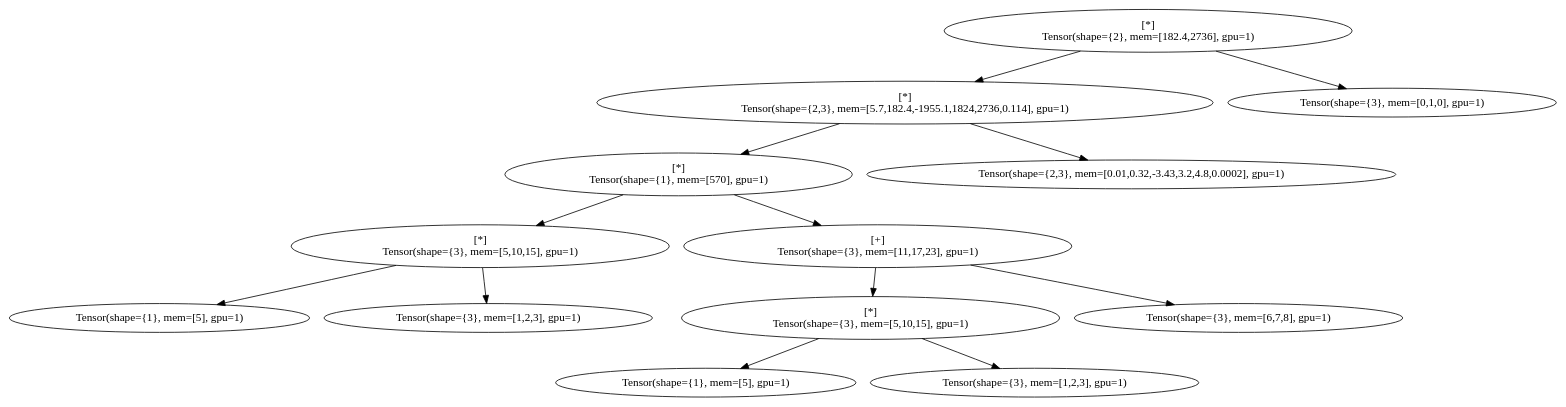
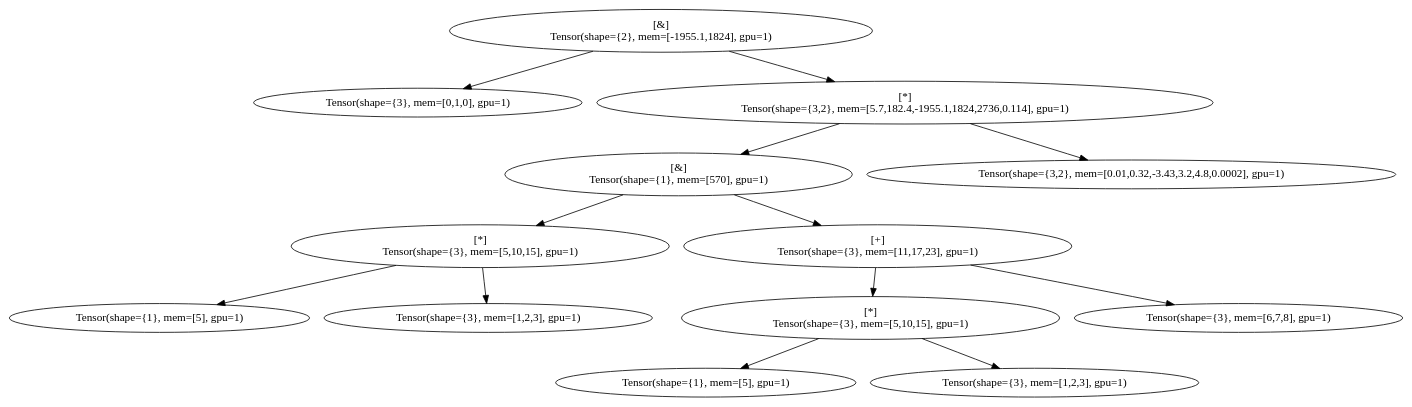
One commit to MarkusPfundstein/tensorcpp changed the diagram in graphs/graph_final_eval_2.dot. Above: the diagram before and after it, drawn with Graphviz. The commit also changed 14 other files, not shown here.

```diff
--- a/graphs/graph_final_eval_2.dot
+++ b/graphs/graph_final_eval_2.dot
@@ -1,27 +1,27 @@
 digraph G {
-MUL_Output_0ghAC[label="[*]\nTensor(shape={2}, mem=[182.4,2736], gpu=1)"]
-MUL_MUL_Output_0ghAC_1OHPN[label="[*]\nTensor(shape={2,3}, mem=[5.7,182.4,-1955.1,1824,2736,0.114], gpu=1)"]
-MUL_Output_0ghAC -> MUL_MUL_Output_0ghAC_1OHPN
-MUL_MUL_MUL_Output_0ghAC_1OHPN_25Srq[label="[*]\nTensor(shape={1}, mem=[570], gpu=1)"]
-MUL_MUL_Output_0ghAC_1OHPN -> MUL_MUL_MUL_Output_0ghAC_1OHPN_25Srq
-MUL_MUL_MUL_MUL_Output_0ghAC_1OHPN_25Srq_37dIf[label="[*]\nTensor(shape={3}, mem=[5,10,15], gpu=1)"]
-MUL_MUL_MUL_Output_0ghAC_1OHPN_25Srq -> MUL_MUL_MUL_MUL_Output_0ghAC_1OHPN_25Srq_37dIf
-TENSOR_MUL_MUL_MUL_MUL_Output_0ghAC_1OHPN_25Srq_37dIf_4MGbY[label="Tensor(shape={1}, mem=[5], gpu=1)"]
-MUL_MUL_MUL_MUL_Output_0ghAC_1OHPN_25Srq_37dIf -> TENSOR_MUL_MUL_MUL_MUL_Output_0ghAC_1OHPN_25Srq_37dIf_4MGbY
-TENSOR_MUL_MUL_MUL_MUL_Output_0ghAC_1OHPN_25Srq_37dIf_4ldX1[label="Tensor(shape={3}, mem=[1,2,3], gpu=1)"]
-MUL_MUL_MUL_MUL_Output_0ghAC_1OHPN_25Srq_37dIf -> TENSOR_MUL_MUL_MUL_MUL_Output_0ghAC_1OHPN_25Srq_37dIf_4ldX1
-PLUS_MUL_MUL_MUL_Output_0ghAC_1OHPN_25Srq_3QQUe[label="[+]\nTensor(shape={3}, mem=[11,17,23], gpu=1)"]
-MUL_MUL_MUL_Output_0ghAC_1OHPN_25Srq -> PLUS_MUL_MUL_MUL_Output_0ghAC_1OHPN_25Srq_3QQUe
-MUL_PLUS_MUL_MUL_MUL_Output_0ghAC_1OHPN_25Srq_3QQUe_4j3EY[label="[*]\nTensor(shape={3}, mem=[5,10,15], gpu=1)"]
-PLUS_MUL_MUL_MUL_Output_0ghAC_1OHPN_25Srq_3QQUe -> MUL_PLUS_MUL_MUL_MUL_Output_0ghAC_1OHPN_25Srq_3QQUe_4j3EY
-TENSOR_MUL_PLUS_MUL_MUL_MUL_Output_0ghAC_1OHPN_25Srq_3QQUe_4j3EY_5pqyy[label="Tensor(shape={1}, mem=[5], gpu=1)"]
-MUL_PLUS_MUL_MUL_MUL_Output_0ghAC_1OHPN_25Srq_3QQUe_4j3EY -> TENSOR_MUL_PLUS_MUL_MUL_MUL_Output_0ghAC_1OHPN_25Srq_3QQUe_4j3EY_5pqyy
-TENSOR_MUL_PLUS_MUL_MUL_MUL_Output_0ghAC_1OHPN_25Srq_3QQUe_4j3EY_5vugT[label="Tensor(shape={3}, mem=[1,2,3], gpu=1)"]
-MUL_PLUS_MUL_MUL_MUL_Output_0ghAC_1OHPN_25Srq_3QQUe_4j3EY -> TENSOR_MUL_PLUS_MUL_MUL_MUL_Output_0ghAC_1OHPN_25Srq_3QQUe_4j3EY_5vugT
-TENSOR_PLUS_MUL_MUL_MUL_Output_0ghAC_1OHPN_25Srq_3QQUe_4gyFO[label="Tensor(shape={3}, mem=[6,7,8], gpu=1)"]
-PLUS_MUL_MUL_MUL_Output_0ghAC_1OHPN_25Srq_3QQUe -> TENSOR_PLUS_MUL_MUL_MUL_Output_0ghAC_1OHPN_25Srq_3QQUe_4gyFO
-TENSOR_MUL_MUL_Output_0ghAC_1OHPN_2lE4f[label="Tensor(shape={2,3}, mem=[0.01,0.32,-3.43,3.2,4.8,0.0002], gpu=1)"]
-MUL_MUL_Output_0ghAC_1OHPN -> TENSOR_MUL_MUL_Output_0ghAC_1OHPN_2lE4f
-TENSOR_MUL_Output_0ghAC_1Lp4b[label="Tensor(shape={3}, mem=[0,1,0], gpu=1)"]
-MUL_Output_0ghAC -> TENSOR_MUL_Output_0ghAC_1Lp4b
+MATMUL_Output_02jU2[label="[&]\nTensor(shape={2}, mem=[-1955.1,1824], gpu=1)"]
+TENSOR_MATMUL_Output_02jU2_1y5Em[label="Tensor(shape={3}, mem=[0,1,0], gpu=1)"]
+MATMUL_Output_02jU2 -> TENSOR_MATMUL_Output_02jU2_1y5Em
+MUL_MATMUL_Output_02jU2_1vRPl[label="[*]\nTensor(shape={3,2}, mem=[5.7,182.4,-1955.1,1824,2736,0.114], gpu=1)"]
+MATMUL_Output_02jU2 -> MUL_MATMUL_Output_02jU2_1vRPl
+MATMUL_MUL_MATMUL_Output_02jU2_1vRPl_2K2wa[label="[&]\nTensor(shape={1}, mem=[570], gpu=1)"]
+MUL_MATMUL_Output_02jU2_1vRPl -> MATMUL_MUL_MATMUL_Output_02jU2_1vRPl_2K2wa
+MUL_MATMUL_MUL_MATMUL_Output_02jU2_1vRPl_2K2wa_3sX2t[label="[*]\nTensor(shape={3}, mem=[5,10,15], gpu=1)"]
+MATMUL_MUL_MATMUL_Output_02jU2_1vRPl_2K2wa -> MUL_MATMUL_MUL_MATMUL_Output_02jU2_1vRPl_2K2wa_3sX2t
+TENSOR_MUL_MATMUL_MUL_MATMUL_Output_02jU2_1vRPl_2K2wa_3sX2t_4zESD[label="Tensor(shape={1}, mem=[5], gpu=1)"]
+MUL_MATMUL_MUL_MATMUL_Output_02jU2_1vRPl_2K2wa_3sX2t -> TENSOR_MUL_MATMUL_MUL_MATMUL_Output_02jU2_1vRPl_2K2wa_3sX2t_4zESD
+TENSOR_MUL_MATMUL_MUL_MATMUL_Output_02jU2_1vRPl_2K2wa_3sX2t_4VZKr[label="Tensor(shape={3}, mem=[1,2,3], gpu=1)"]
+MUL_MATMUL_MUL_MATMUL_Output_02jU2_1vRPl_2K2wa_3sX2t -> TENSOR_MUL_MATMUL_MUL_MATMUL_Output_02jU2_1vRPl_2K2wa_3sX2t_4VZKr
+PLUS_MATMUL_MUL_MATMUL_Output_02jU2_1vRPl_2K2wa_3ki9X[label="[+]\nTensor(shape={3}, mem=[11,17,23], gpu=1)"]
+MATMUL_MUL_MATMUL_Output_02jU2_1vRPl_2K2wa -> PLUS_MATMUL_MUL_MATMUL_Output_02jU2_1vRPl_2K2wa_3ki9X
+MUL_PLUS_MATMUL_MUL_MATMUL_Output_02jU2_1vRPl_2K2wa_3ki9X_4qJFA[label="[*]\nTensor(shape={3}, mem=[5,10,15], gpu=1)"]
+PLUS_MATMUL_MUL_MATMUL_Output_02jU2_1vRPl_2K2wa_3ki9X -> MUL_PLUS_MATMUL_MUL_MATMUL_Output_02jU2_1vRPl_2K2wa_3ki9X_4qJFA
+TENSOR_MUL_PLUS_MATMUL_MUL_MATMUL_Output_02jU2_1vRPl_2K2wa_3ki9X_4qJFA_5OP7U[label="Tensor(shape={1}, mem=[5], gpu=1)"]
+MUL_PLUS_MATMUL_MUL_MATMUL_Output_02jU2_1vRPl_2K2wa_3ki9X_4qJFA -> TENSOR_MUL_PLUS_MATMUL_MUL_MATMUL_Output_02jU2_1vRPl_2K2wa_3ki9X_4qJFA_5OP7U
+TENSOR_MUL_PLUS_MATMUL_MUL_MATMUL_Output_02jU2_1vRPl_2K2wa_3ki9X_4qJFA_5AeTb[label="Tensor(shape={3}, mem=[1,2,3], gpu=1)"]
+MUL_PLUS_MATMUL_MUL_MATMUL_Output_02jU2_1vRPl_2K2wa_3ki9X_4qJFA -> TENSOR_MUL_PLUS_MATMUL_MUL_MATMUL_Output_02jU2_1vRPl_2K2wa_3ki9X_4qJFA_5AeTb
+TENSOR_PLUS_MATMUL_MUL_MATMUL_Output_02jU2_1vRPl_2K2wa_3ki9X_4puD6[label="Tensor(shape={3}, mem=[6,7,8], gpu=1)"]
+PLUS_MATMUL_MUL_MATMUL_Output_02jU2_1vRPl_2K2wa_3ki9X -> TENSOR_PLUS_MATMUL_MUL_MATMUL_Output_02jU2_1vRPl_2K2wa_3ki9X_4puD6
+TENSOR_MUL_MATMUL_Output_02jU2_1vRPl_2XXx4[label="Tensor(shape={3,2}, mem=[0.01,0.32,-3.43,3.2,4.8,0.0002], gpu=1)"]
+MUL_MATMUL_Output_02jU2_1vRPl -> TENSOR_MUL_MATMUL_Output_02jU2_1vRPl_2XXx4
 }
```
